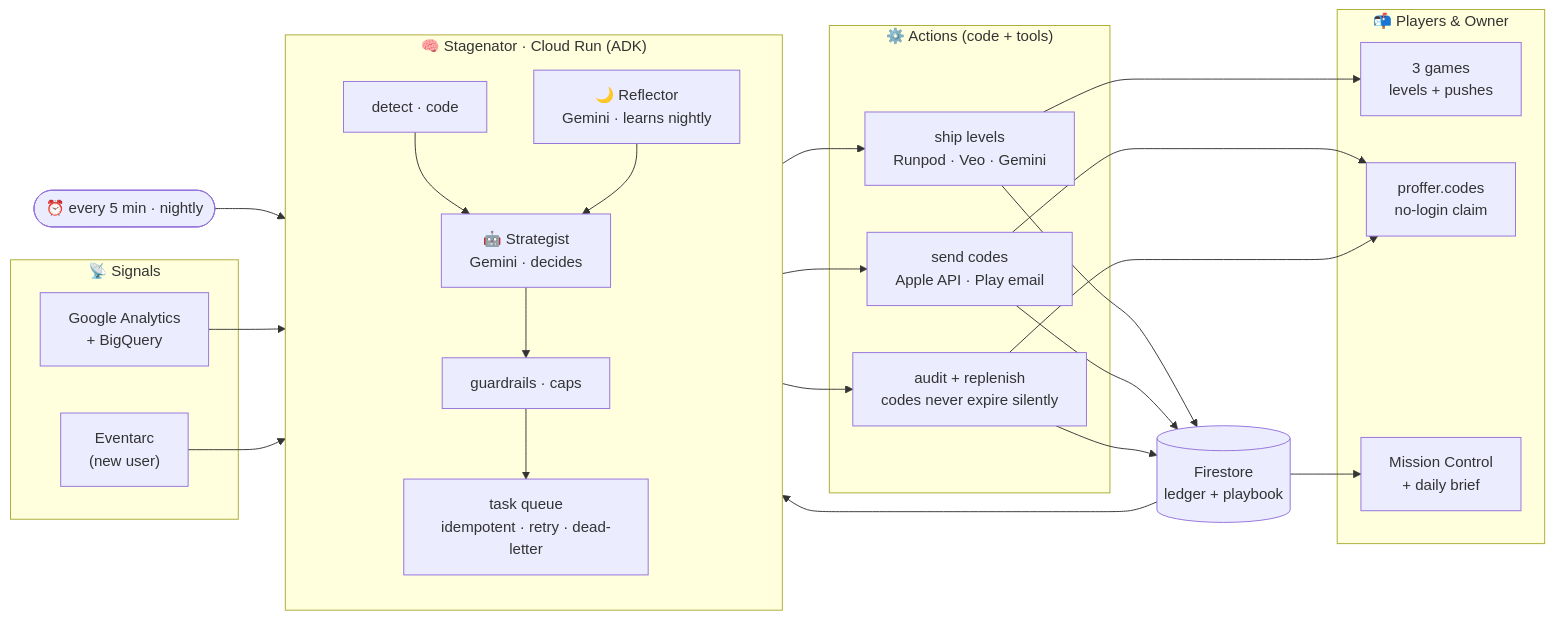
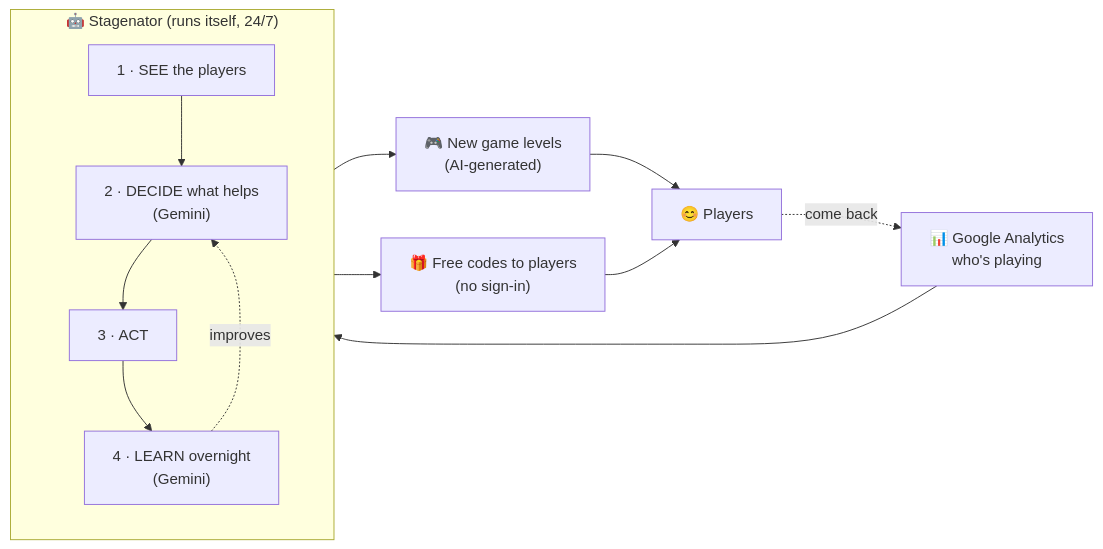
The diagram in docs/architecture.mmd (ksvslk/stagenator), drawn with Mermaid before and after one commit. The commit also changed 4 other files, not shown here.

First line of the commit message:
cleanup: simple diagram + purge palindrome/3-games leftovers (playbook, strategist, ledger, docs)

```diff
--- a/docs/architecture.mmd
+++ b/docs/architecture.mmd
@@ -1,35 +1,16 @@
 flowchart LR
-  subgraph SIGNALS["📡 Signals"]
-    GA["Google Analytics<br/>+ BigQuery"]
-    EV["Eventarc<br/>(new user)"]
+  GA["📊 Google Analytics<br/>who's playing"] --> AGENT
+
+  subgraph AGENT["🤖 Stagenator (runs itself, 24/7)"]
+    direction TB
+    A["1 · SEE the players"] --> B["2 · DECIDE what helps<br/>(Gemini)"]
+    B --> C["3 · ACT"]
+    C --> D["4 · LEARN overnight<br/>(Gemini)"]
+    D -.improves.-> B
   end
 
-  subgraph BRAIN["🧠 Stagenator · Cloud Run (ADK)"]
-    direction TB
-    RULES["detect · code"] --> STRAT["🤖 Strategist<br/>Gemini · decides"]
-    STRAT --> GUARD["guardrails · caps"]
-    GUARD --> QUEUE["task queue<br/>idempotent · retry · dead-letter"]
-    REFL["🌙 Reflector<br/>Gemini · learns nightly"]
-  end
-
-  subgraph ACT["⚙️ Actions (code + tools)"]
-    LEVELS["ship levels<br/>Runpod · Veo · Gemini"]
-    CODES["send codes<br/>Apple API · Play email"]
-    AUDIT["audit + replenish<br/>codes never expire silently"]
-  end
-
-  subgraph OUT["📬 Players & Owner"]
-    GAMES["3 games<br/>levels + pushes"]
-    PROFFER["proffer.codes<br/>no-login claim"]
-    MC["Mission Control<br/>+ daily brief"]
-  end
-
-  CLOCK(["⏰ every 5 min · nightly"]) --> RULES
-  GA --> RULES
-  EV --> RULES
-  QUEUE --> LEVELS --> GAMES
-  QUEUE --> CODES --> PROFFER
-  QUEUE --> AUDIT --> PROFFER
-  LEVELS & CODES & AUDIT --> LEDGER[("Firestore<br/>ledger + playbook")]
-  LEDGER --> REFL --> STRAT
-  LEDGER --> MC
+  AGENT --> LEVELS["🎮 New game levels<br/>(AI-generated)"]
+  AGENT --> CODES["🎁 Free codes to players<br/>(no sign-in)"]
+  LEVELS --> PLAYERS["😊 Players"]
+  CODES --> PLAYERS
+  PLAYERS -.come back.-> GA
```
